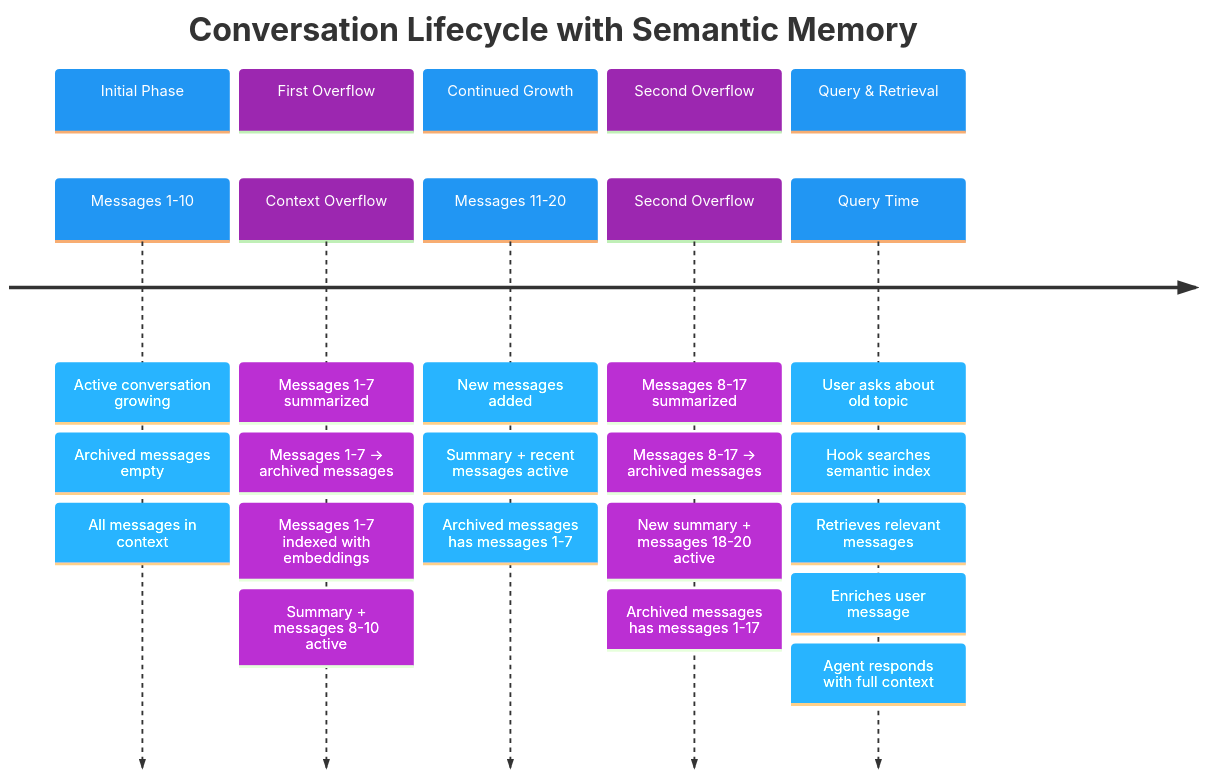
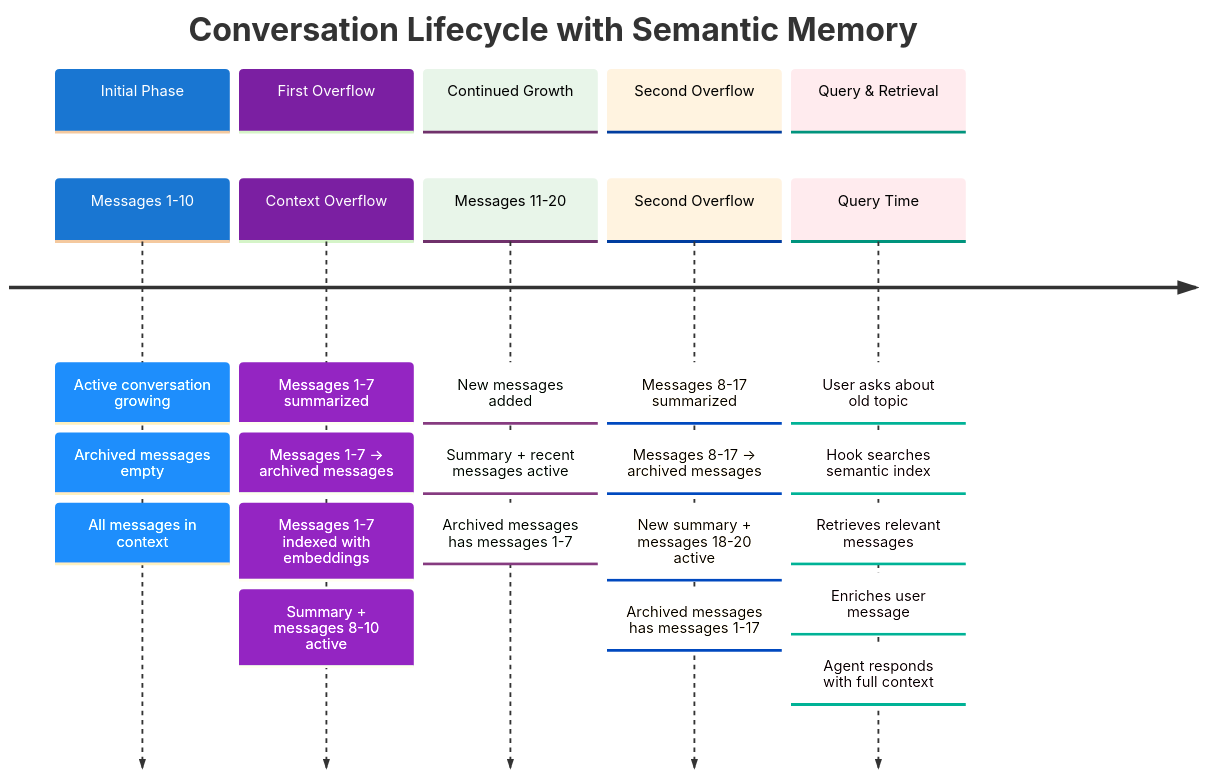
Before and after one commit to danilop/strands-agents-semantic-summarizing-conversation-manager: the third of 5 diagrams in README.md, drawn with Mermaid.

Commit message:
Fix timeline colors: saturate only first two sections
- Make first two sections more saturated (#1976D2 blue, #7B1FA2 purple)
- Keep last three sections in original light colors
- White text on dark backgrounds, black text on light backgrounds
- Create visual progression from saturated to light colors

````diff
--- a/README.md
+++ b/README.md
@@ -253,48 +253,48 @@
 ```mermaid
 %%{init: {
   'theme': 'base',
   'themeVariables': {
-    'cScale0': '#2196F3',
-    'cScale1': '#9C27B0',
-    'cScale2': '#2196F3',
-    'cScale3': '#9C27B0',
-    'cScale4': '#2196F3',
+    'cScale0': '#1976D2',
+    'cScale1': '#7B1FA2',
+    'cScale2': '#E8F5E9',
+    'cScale3': '#FFF3E0',
+    'cScale4': '#FFEBEE',
     'cScaleLabel0': '#FFF',
     'cScaleLabel1': '#FFF',
-    'cScaleLabel2': '#FFF',
-    'cScaleLabel3': '#FFF',
-    'cScaleLabel4': '#FFF'
+    'cScaleLabel2': '#000',
+    'cScaleLabel3': '#000',
+    'cScaleLabel4': '#000'
   }
 }}%%
 timeline
     title Conversation Lifecycle with Semantic Memory
 
     section Initial Phase
         Messages 1-10           : Active conversation growing
                                 : Archived messages empty
                                 : All messages in context
 
     section First Overflow
         Context Overflow        : Messages 1-7 summarized
                                 : Messages 1-7 → archived messages
                                 : Messages 1-7 indexed with embeddings
                                 : Summary + messages 8-10 active
 
     section Continued Growth
         Messages 11-20          : New messages added
                                 : Summary + recent messages active
                                 : Archived messages has messages 1-7
 
     section Second Overflow
         Second Overflow         : Messages 8-17 summarized
                                 : Messages 8-17 → archived messages
                                 : New summary + messages 18-20 active
                                 : Archived messages has messages 1-17
 
     section Query & Retrieval
         Query Time              : User asks about old topic
                                 : Hook searches semantic index
                                 : Retrieves relevant messages
                                 : Enriches user message
                                 : Agent responds with full context
 ```
````
